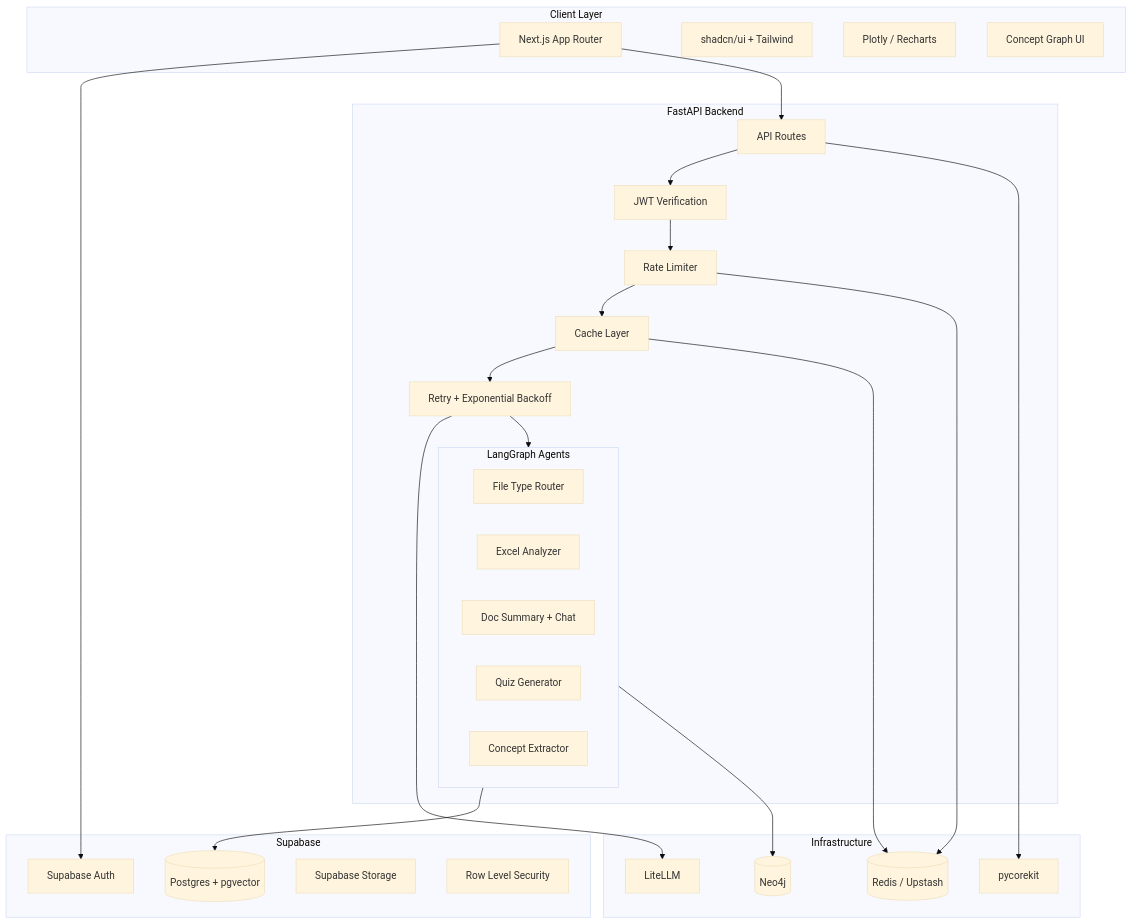
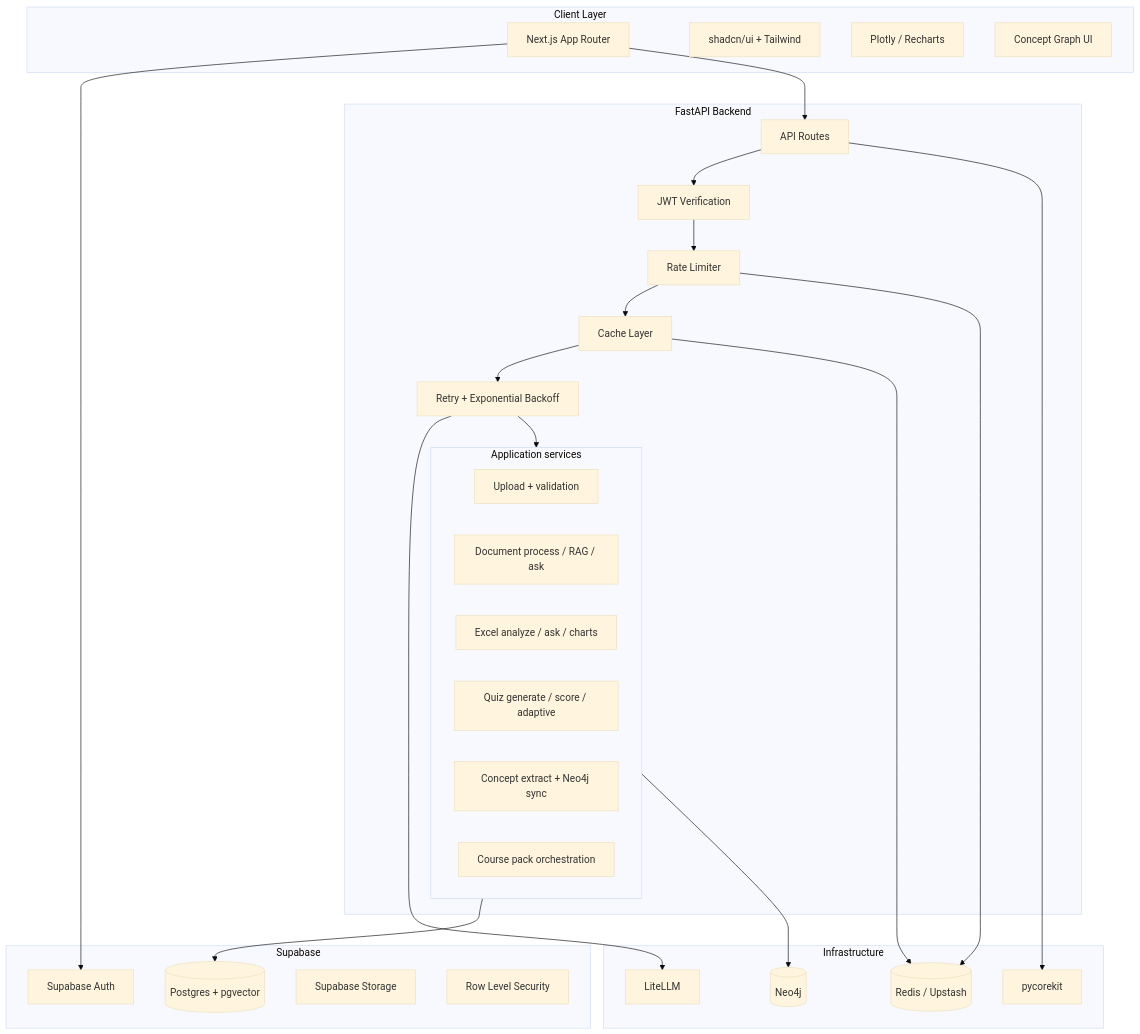
Before and after one commit to ankit-devwork/insight-lab: the second of 8 diagrams in docs/ARCHITECTURE.md, drawn with Mermaid (base theme). The commit also changed other lines of this file and 15 other files, not shown here.

````diff
--- a/docs/ARCHITECTURE.md
+++ b/docs/ARCHITECTURE.md
@@ -38,49 +38,50 @@
 ```mermaid
 flowchart TB
   subgraph client [Client Layer]
     NextJS[Next.js App Router]
     UI[shadcn/ui + Tailwind]
     Charts[Plotly / Recharts]
     GraphViz[Concept Graph UI]
   end
 
   subgraph supabase [Supabase]
     Auth[Supabase Auth]
     PG[(Postgres + pgvector)]
     Storage[Supabase Storage]
     RLS[Row Level Security]
   end
 
   subgraph backend [FastAPI Backend]
     Gateway[API Routes]
     AuthMW[JWT Verification]
     RL[Rate Limiter]
     CacheLayer[Cache Layer]
     RetryLayer[Retry + Exponential Backoff]
 
-    subgraph agents [LangGraph Agents]
-      FileRouter[File Type Router]
-      ExcelAgent[Excel Analyzer]
-      DocAgent[Doc Summary + Chat]
-      QuizAgent[Quiz Generator]
-      GraphSync[Concept Extractor]
+    subgraph services [Application services]
+      UploadSvc[Upload + validation]
+      DocSvc[Document process / RAG / ask]
+      ExcelSvc[Excel analyze / ask / charts]
+      QuizSvc[Quiz generate / score / adaptive]
+      GraphSvc[Concept extract + Neo4j sync]
+      PackSvc[Course pack orchestration]
     end
   end
 
   subgraph infra [Infrastructure]
     Redis[(Redis / Upstash)]
     Neo4j[(Neo4j)]
     LiteLLM[LiteLLM]
     PyCore[pycorekit]
   end
 
   NextJS --> Auth
   NextJS --> Gateway
-  Gateway --> AuthMW --> RL --> CacheLayer --> RetryLayer --> agents
+  Gateway --> AuthMW --> RL --> CacheLayer --> RetryLayer --> services
   CacheLayer --> Redis
   RL --> Redis
   RetryLayer --> LiteLLM
-  agents --> PG
-  agents --> Neo4j
+  services --> PG
+  services --> Neo4j
   Gateway --> PyCore
 ```
````
